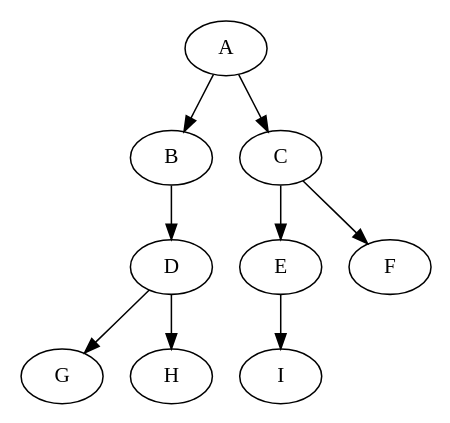
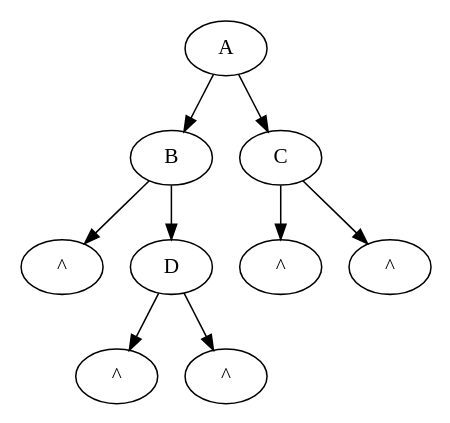
One commit to chrischen3121/notes changed the sixth of 6 diagrams in org/CS/TreeAndGraph.org. Above: the diagram before and after it, drawn with Graphviz. The commit also changed other lines of this file and 2 other files, not shown here.

```diff
--- a/org/CS/TreeAndGraph.org
+++ b/org/CS/TreeAndGraph.org
@@ -231,14 +246,19 @@
 #+BEGIN_SRC dot :file ../resources/TreeAndGraph/TreeNullNode1.png :cmdline -Kdot -Tpng		
   digraph nullnodetree{
     size="3,3";
     graph [ordering="out"];
+    null1 [label = "^"];
+    null2 [label = "^"];
+    null3 [label = "^"];
+    null4 [label = "^"];
+    null5 [label = "^"];
     "A" -> "B";
+    "B" -> null1;
     "B" -> "D";
-    "D" -> "G";
-    "D" -> "H";
+    "D" -> null2;
+    "D" -> null3;
     "A" -> "C";
-    "C" -> "E";
-    "C" -> "F";
-    "E" -> "I";
+    "C" -> null4;
+    "C" -> null5;
   }
 #+END_SRC
```
